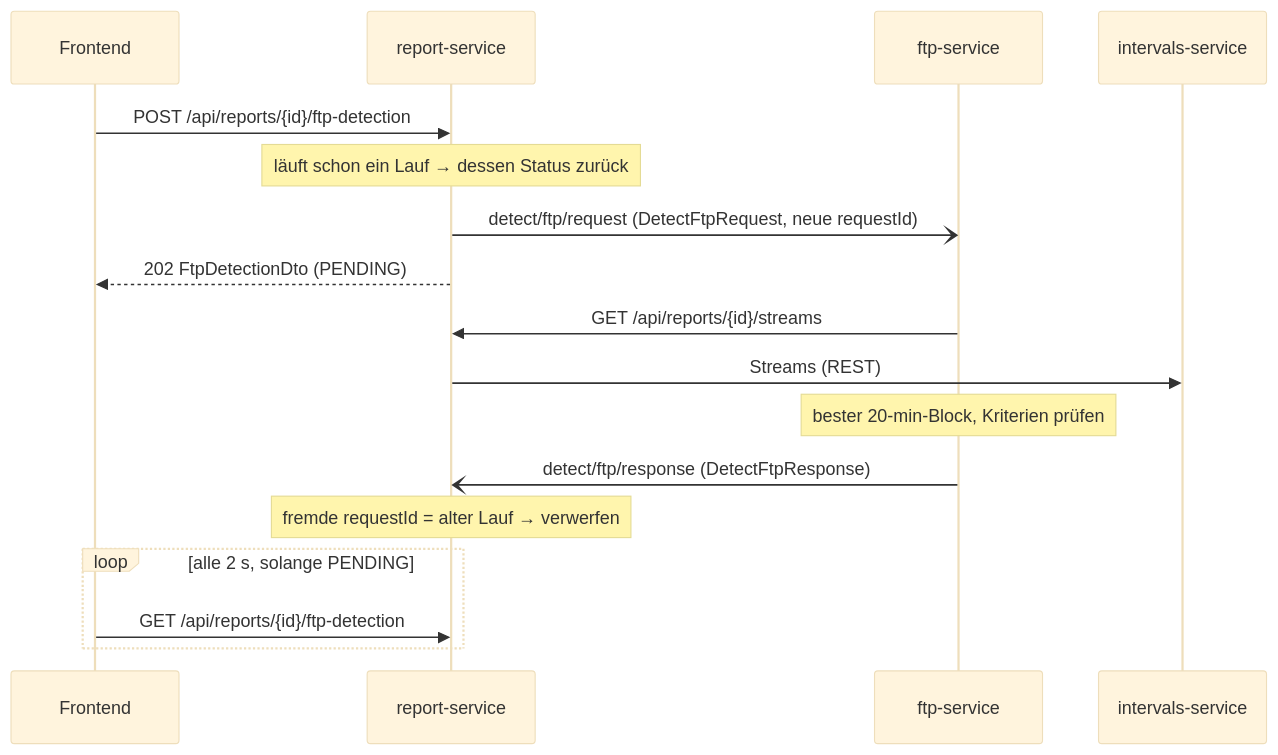
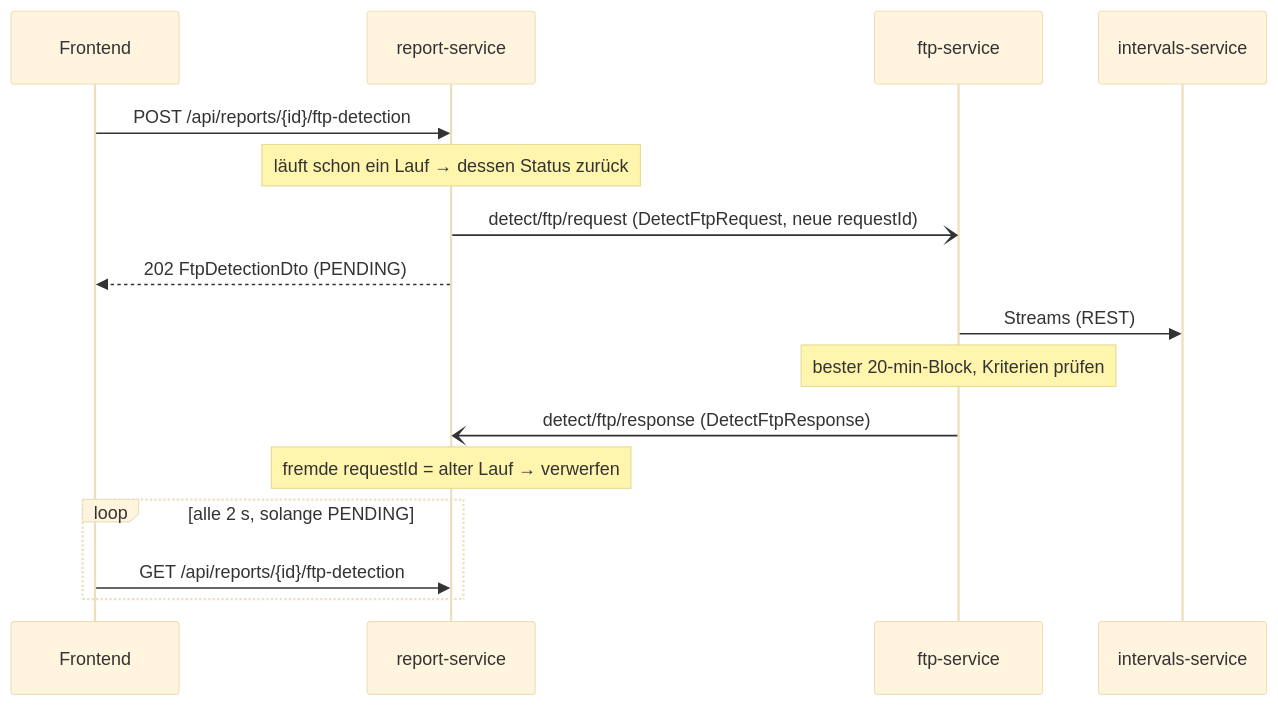
Before and after one commit to KlinkerD/Cycling_AI_Analyzer: the fourth of 6 diagrams in docs/datenfluesse.md, drawn with Mermaid (base theme). The commit also changed other lines of this file and 31 other files, not shown here.

````diff
--- a/docs/datenfluesse.md
+++ b/docs/datenfluesse.md
@@ -127,20 +139,19 @@
 ```mermaid
 sequenceDiagram
     participant FE as Frontend
     participant RS as report-service
     participant FT as ftp-service
     participant IS as intervals-service
 
     FE->>RS: POST /api/reports/{id}/ftp-detection
     Note over RS: läuft schon ein Lauf → dessen Status zurück
     RS-)FT: detect/ftp/request (DetectFtpRequest, neue requestId)
     RS-->>FE: 202 FtpDetectionDto (PENDING)
-    FT->>RS: GET /api/reports/{id}/streams
-    RS->>IS: Streams (REST)
+    FT->>IS: Streams (REST)
     Note over FT: bester 20-min-Block, Kriterien prüfen
     FT-)RS: detect/ftp/response (DetectFtpResponse)
     Note over RS: fremde requestId = alter Lauf → verwerfen
     loop alle 2 s, solange PENDING
         FE->>RS: GET /api/reports/{id}/ftp-detection
     end
 ```
````
